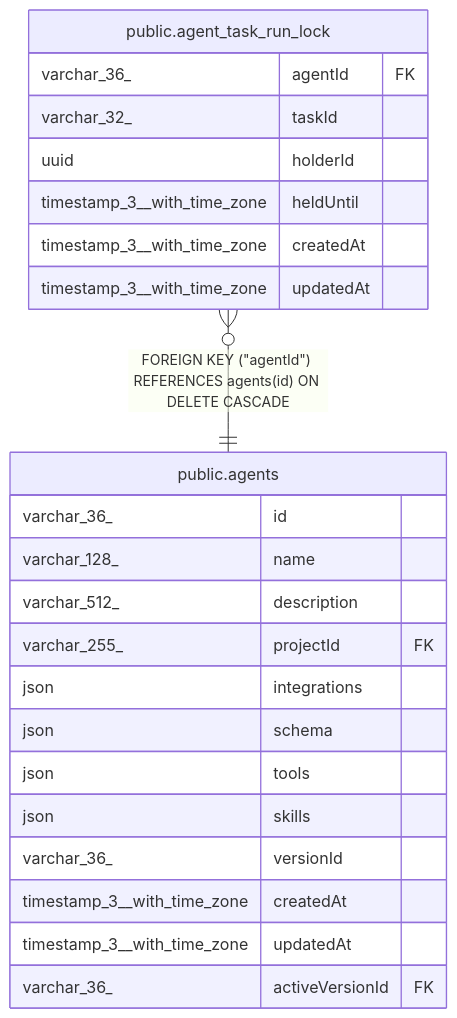
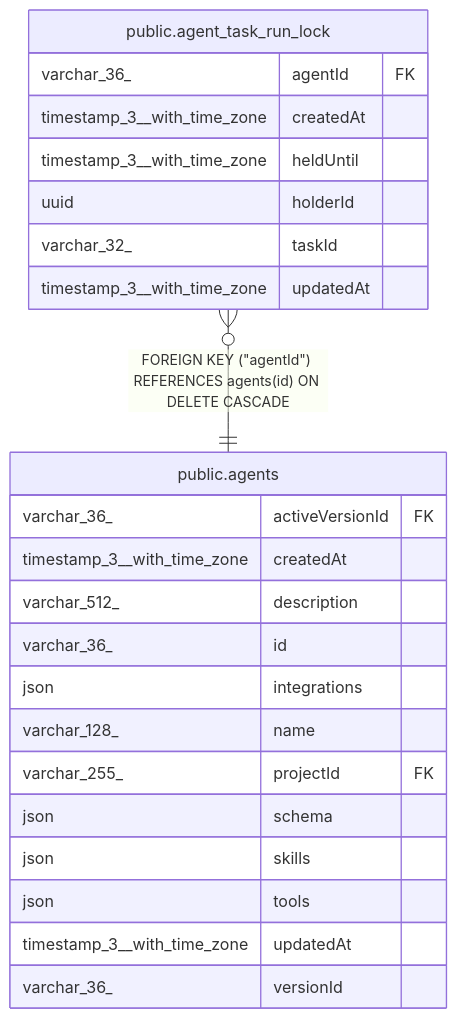
The diagram in docs/generated/postgres-schema/public.agent_task_run_lock.md (mayankjain1815-commits/n8n), drawn with Mermaid before and after one commit. The commit also changed other lines of this file and 221 other files, not shown here.

Commit message:
chore(core): Make DB schema docs generation deterministic (#32373)

````diff
--- a/docs/generated/postgres-schema/public.agent_task_run_lock.md
+++ b/docs/generated/postgres-schema/public.agent_task_run_lock.md
@@ -35,28 +35,28 @@
 ```mermaid
 erDiagram
 
 "public.agent_task_run_lock" }o--|| "public.agents" : "FOREIGN KEY (#quot;agentId#quot;) REFERENCES agents(id) ON DELETE CASCADE"
 
 "public.agent_task_run_lock" {
   varchar_36_ agentId FK
+  timestamp_3__with_time_zone createdAt
+  timestamp_3__with_time_zone heldUntil
+  uuid holderId
   varchar_32_ taskId
-  uuid holderId
-  timestamp_3__with_time_zone heldUntil
-  timestamp_3__with_time_zone createdAt
   timestamp_3__with_time_zone updatedAt
 }
 "public.agents" {
+  varchar_36_ activeVersionId FK
+  timestamp_3__with_time_zone createdAt
+  varchar_512_ description
   varchar_36_ id
+  json integrations
   varchar_128_ name
-  varchar_512_ description
   varchar_255_ projectId FK
-  json integrations
   json schema
+  json skills
   json tools
-  json skills
+  timestamp_3__with_time_zone updatedAt
   varchar_36_ versionId
-  timestamp_3__with_time_zone createdAt
-  timestamp_3__with_time_zone updatedAt
-  varchar_36_ activeVersionId FK
 }
 ```
````
